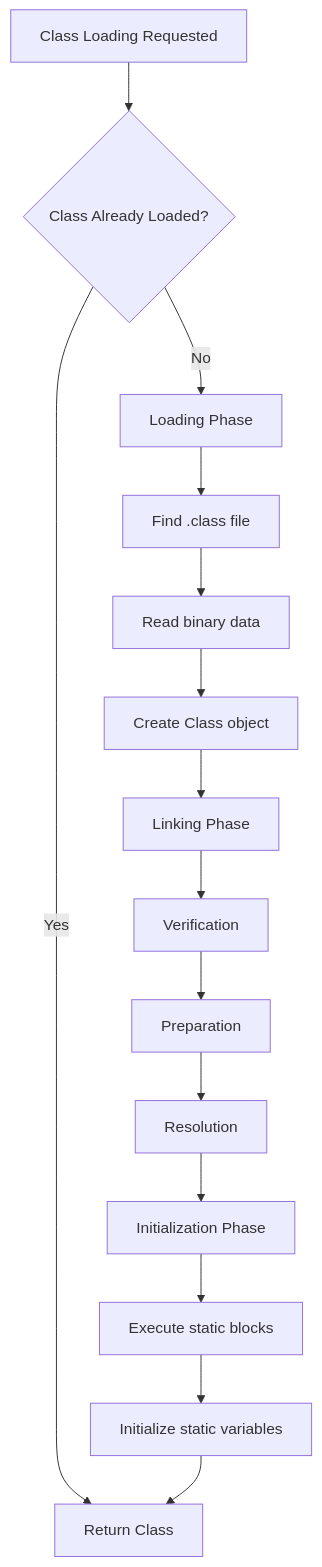
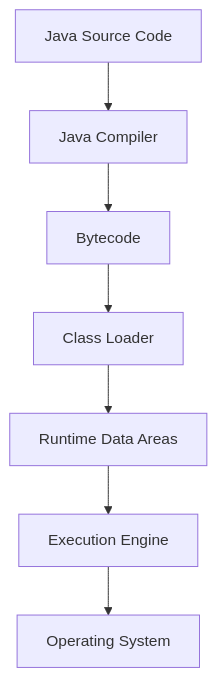
One commit to VrushankPatel/interview-matters changed the first of 2 diagrams in jvm-internals-and-class-loading/README.md. Above: the diagram before and after it, drawn with Mermaid. The commit also changed other lines of this file and 2 other files, not shown here.

Commit message:
kb: add/update topics Java Fundamentals, OOP Principles in Java, JVM Internals & Class Loading, Garbage Collection Algorithms, Multithreading & Concurrency in Java

````diff
--- a/jvm-internals-and-class-loading/README.md
+++ b/jvm-internals-and-class-loading/README.md
@@ -43,17 +26,9 @@
 ```mermaid
 graph TD
-    A[Class Loading Requested] --> B{Class Already Loaded?}
-    B -->|Yes| C[Return Class]
-    B -->|No| D[Loading Phase]
-    D --> E[Find .class file]
-    E --> F[Read binary data]
-    F --> G[Create Class object]
-    G --> H[Linking Phase]
-    H --> I[Verification]
-    I --> J[Preparation]
-    J --> K[Resolution]
-    K --> L[Initialization Phase]
-    L --> M[Execute static blocks]
-    M --> N[Initialize static variables]
-    N --> C
+    A[Java Source Code] --> B[Java Compiler]
+    B --> C[Bytecode]
+    C --> D[Class Loader]
+    D --> E[Runtime Data Areas]
+    E --> F[Execution Engine]
+    F --> G[Operating System]
 ```
````
